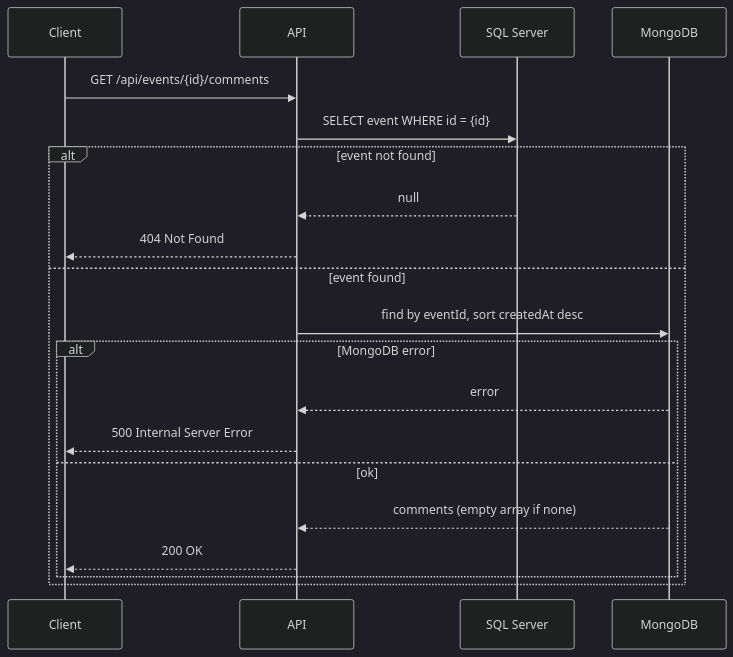
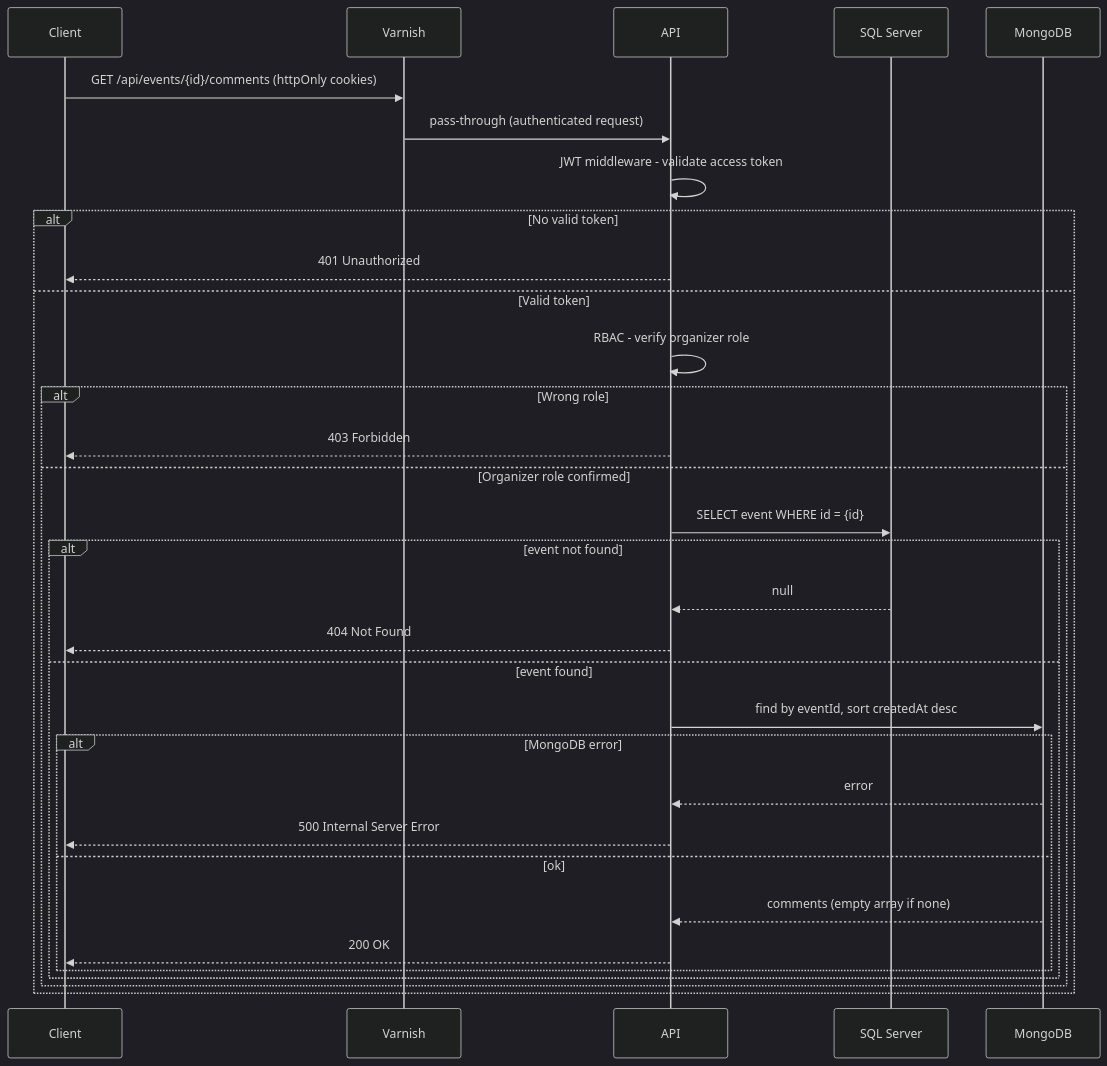
One commit to LaurentCondoure/EventManager changed the ninth of 11 diagrams in documentation/architecture/design/design-event-flows.md. Above: the diagram before and after it, drawn with Mermaid (dark theme). The commit also changed other lines of this file and 58 other files, not shown here.

````diff
--- a/documentation/architecture/design/design-event-flows.md
+++ b/documentation/architecture/design/design-event-flows.md
@@ -187,23 +424,35 @@
 ```mermaid
 sequenceDiagram
     participant Client
+    participant Varnish
     participant API
     participant SQL as SQL Server
     participant Mongo as MongoDB
 
-    Client->>API: GET /api/events/{id}/comments
-    API->>SQL: SELECT event WHERE id = {id}
-    alt event not found
-        SQL-->>API: null
-        API-->>Client: 404 Not Found
-    else event found
-        API->>Mongo: find by eventId, sort createdAt desc
-        alt MongoDB error
-            Mongo-->>API: error
-            API-->>Client: 500 Internal Server Error
-        else ok
-            Mongo-->>API: comments (empty array if none)
-            API-->>Client: 200 OK
+    Client->>Varnish: GET /api/events/{id}/comments (httpOnly cookies)
+    Varnish->>API: pass-through (authenticated request)
+    API->>API: JWT middleware - validate access token
+    alt No valid token
+        API-->>Client: 401 Unauthorized
+    else Valid token
+        API->>API: RBAC - verify organizer role
+        alt Wrong role
+            API-->>Client: 403 Forbidden
+        else Organizer role confirmed
+            API->>SQL: SELECT event WHERE id = {id}
+            alt event not found
+                SQL-->>API: null
+                API-->>Client: 404 Not Found
+            else event found
+                API->>Mongo: find by eventId, sort createdAt desc
+                alt MongoDB error
+                    Mongo-->>API: error
+                    API-->>Client: 500 Internal Server Error
+                else ok
+                    Mongo-->>API: comments (empty array if none)
+                    API-->>Client: 200 OK
+                end
+            end
         end
     end
 ```
````
